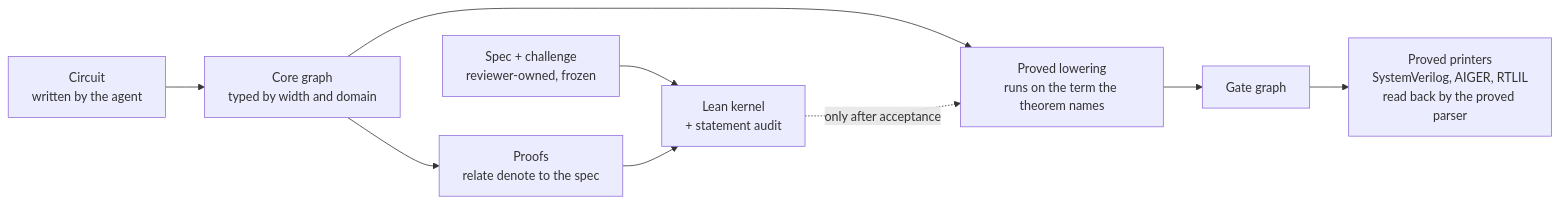
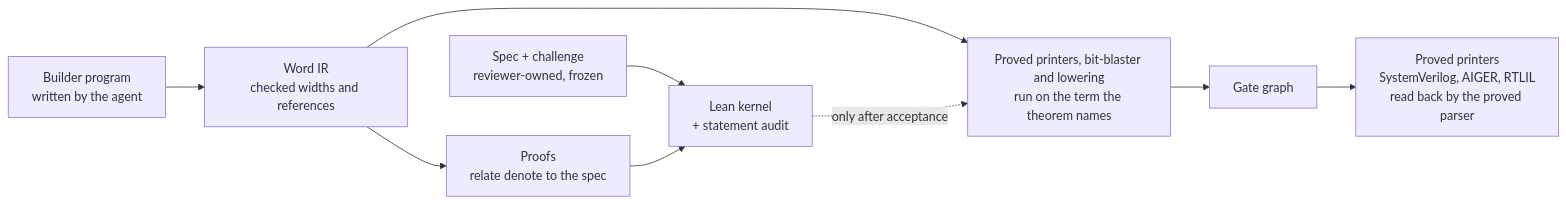
One commit to nathsou/HDLean changed the first of 2 diagrams in docs/Design.md. Above: the diagram before and after it, drawn with Mermaid. The commit also changed other lines of this file and 10 other files, not shown here.

````diff
--- a/docs/Design.md
+++ b/docs/Design.md
@@ -62,8 +62,8 @@
 ```mermaid
 flowchart LR
   spec["Spec + challenge<br/>reviewer-owned, frozen"] --> audit
-  circuit["Circuit<br/>written by the agent"] --> ast["Core graph<br/>typed by width and domain"] --> proofs["Proofs<br/>relate denote to the spec"] --> audit["Lean kernel<br/>+ statement audit"]
-  ast --> lower["Proved lowering<br/>runs on the term the theorem names"]
+  circuit["Builder program<br/>written by the agent"] --> ast["Word IR<br/>checked widths and references"] --> proofs["Proofs<br/>relate denote to the spec"] --> audit["Lean kernel<br/>+ statement audit"]
+  ast --> lower["Proved printers, bit-blaster and lowering<br/>run on the term the theorem names"]
   audit -. only after acceptance .-> lower
   lower --> netlist["Gate graph"] --> printers["Proved printers<br/>SystemVerilog, AIGER, RTLIL<br/>read back by the proved parser"]
 ```
````
